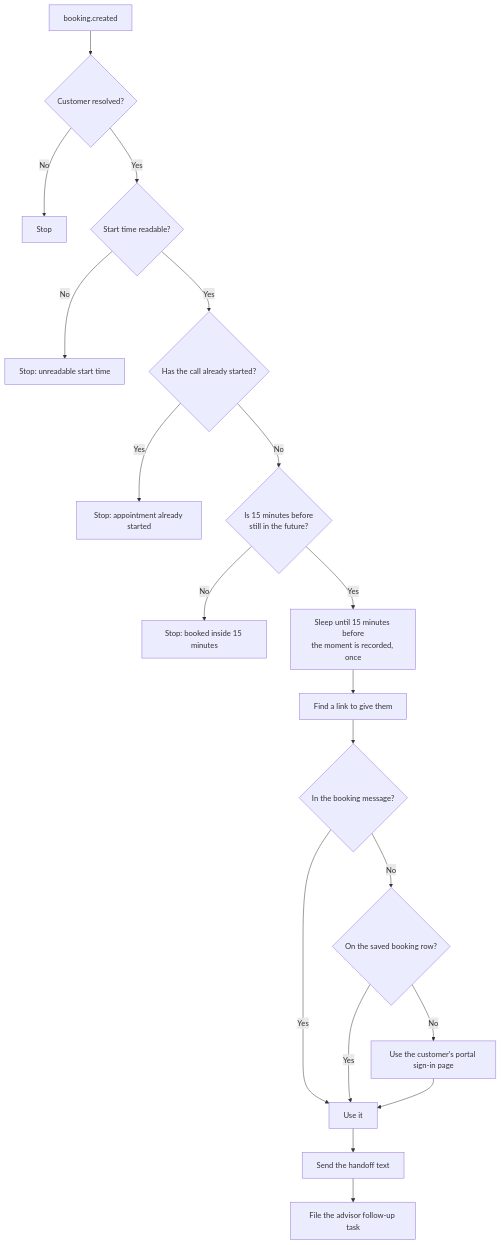
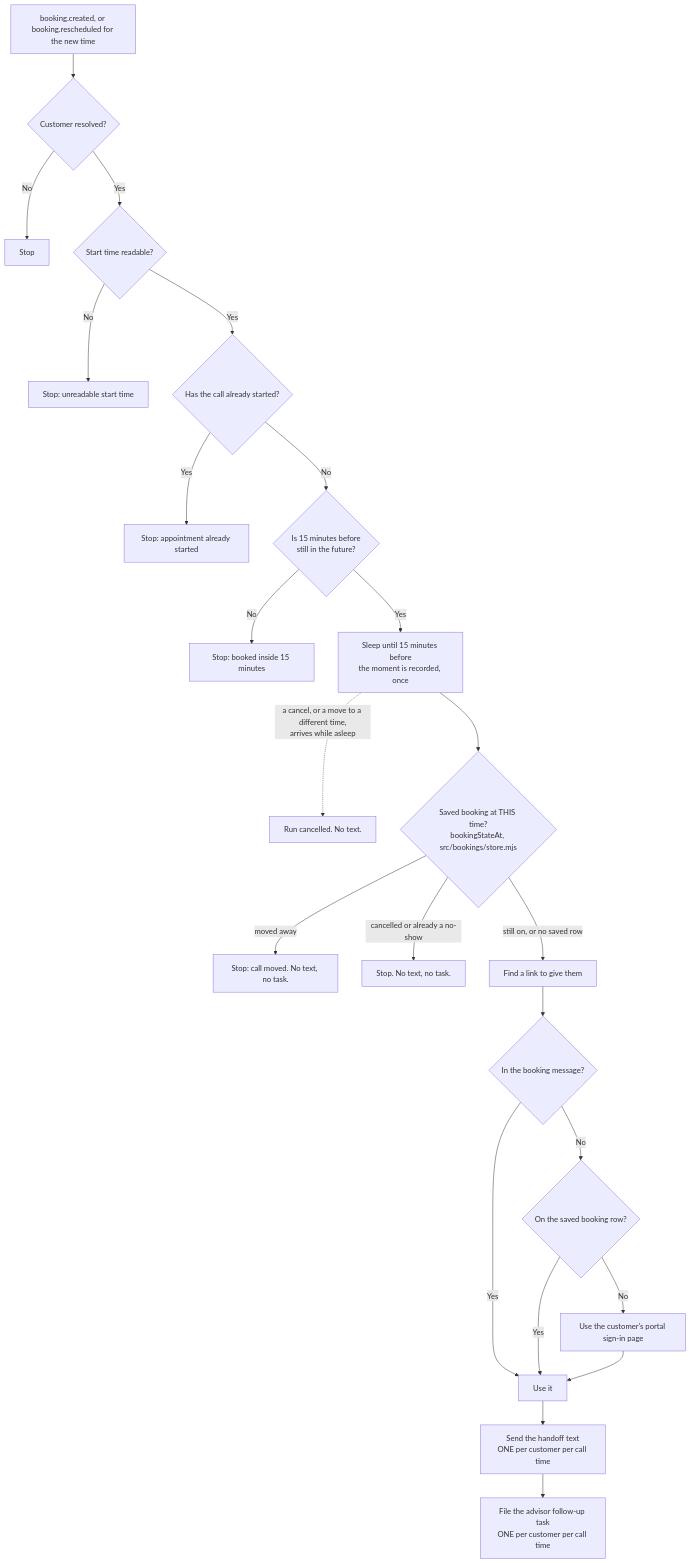
One commit to ZootimusMaximusSupreme/fundhub-platform changed the fourth of 4 diagrams in docs/journeys/booking-notifications-flow.md. Above: the diagram before and after it, drawn with Mermaid. The commit also changed other lines of this file and 4 other files, not shown here.

First line of the commit message:
Move the 15-minute text with the call; never send it for an old or cancelled time.

````diff
--- a/docs/journeys/booking-notifications-flow.md
+++ b/docs/journeys/booking-notifications-flow.md
@@ -203,21 +204,25 @@
 ```mermaid
 flowchart TD
-    B[booking.created] --> C{Customer resolved?}
+    B[booking.created, or booking.rescheduled for the new time] --> C{Customer resolved?}
     C -->|No| S0[Stop]
     C -->|Yes| ST{Start time readable?}
     ST -->|No| S1[Stop: unreadable start time]
     ST -->|Yes| PAST{Has the call already started?}
     PAST -->|Yes| S2[Stop: appointment already started]
     PAST -->|No| NEAR{Is 15 minutes before<br/>still in the future?}
     NEAR -->|No| S3[Stop: booked inside 15 minutes]
     NEAR -->|Yes| W[Sleep until 15 minutes before<br/>the moment is recorded, once]
-    W --> L[Find a link to give them]
+    W -.->|a cancel, or a move to a different time,<br/>arrives while asleep| X[Run cancelled. No text.]
+    W --> SAVED{Saved booking at THIS time?<br/>bookingStateAt, src/bookings/store.mjs}
+    SAVED -->|moved away| S4[Stop: call moved. No text, no task.]
+    SAVED -->|cancelled or already a no-show| S5[Stop. No text, no task.]
+    SAVED -->|still on, or no saved row| L[Find a link to give them]
     L --> L1{In the booking message?}
     L1 -->|Yes| USE[Use it]
     L1 -->|No| L2{On the saved booking row?}
     L2 -->|Yes| USE
     L2 -->|No| L3[Use the customer's portal sign-in page]
     L3 --> USE
-    USE --> TXT[Send the handoff text]
-    TXT --> TASK[File the advisor follow-up task]
+    USE --> TXT[Send the handoff text<br/>ONE per customer per call time]
+    TXT --> TASK[File the advisor follow-up task<br/>ONE per customer per call time]
 ```
````
